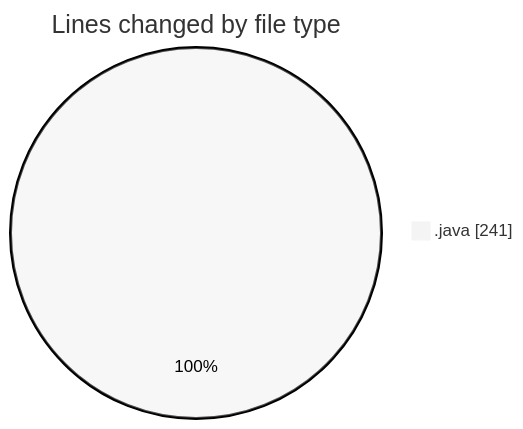
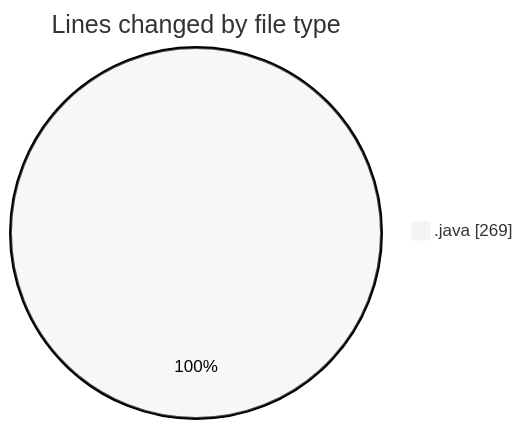
The first of 2 diagrams in 2026-11-26/taskforge/README.md (hasnaa123/code-tracking), drawn with Mermaid (neutral theme) before and after one commit. The commit also changed other lines of this file and 1 other file, not shown here.

````diff
--- a/2026-11-26/taskforge/README.md
+++ b/2026-11-26/taskforge/README.md
@@ -21,5 +21,5 @@
 ```mermaid
 pie showData
 title Lines changed by file type
-".java" : 241
+".java" : 269
 ```
````
